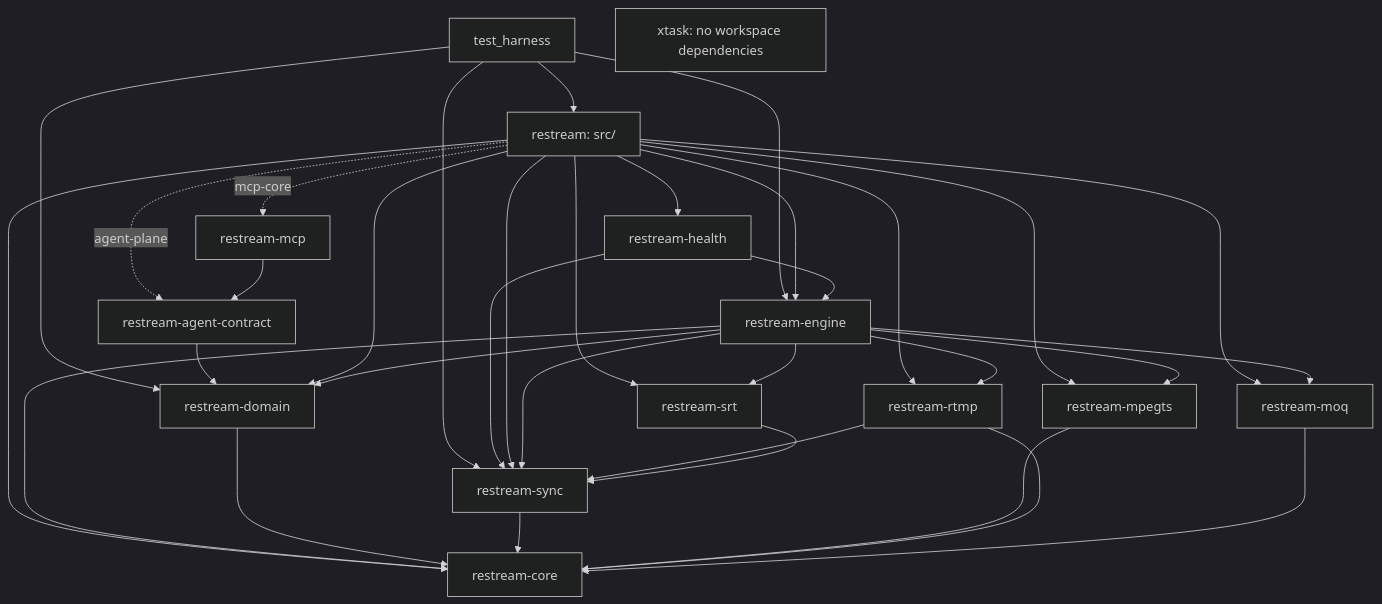
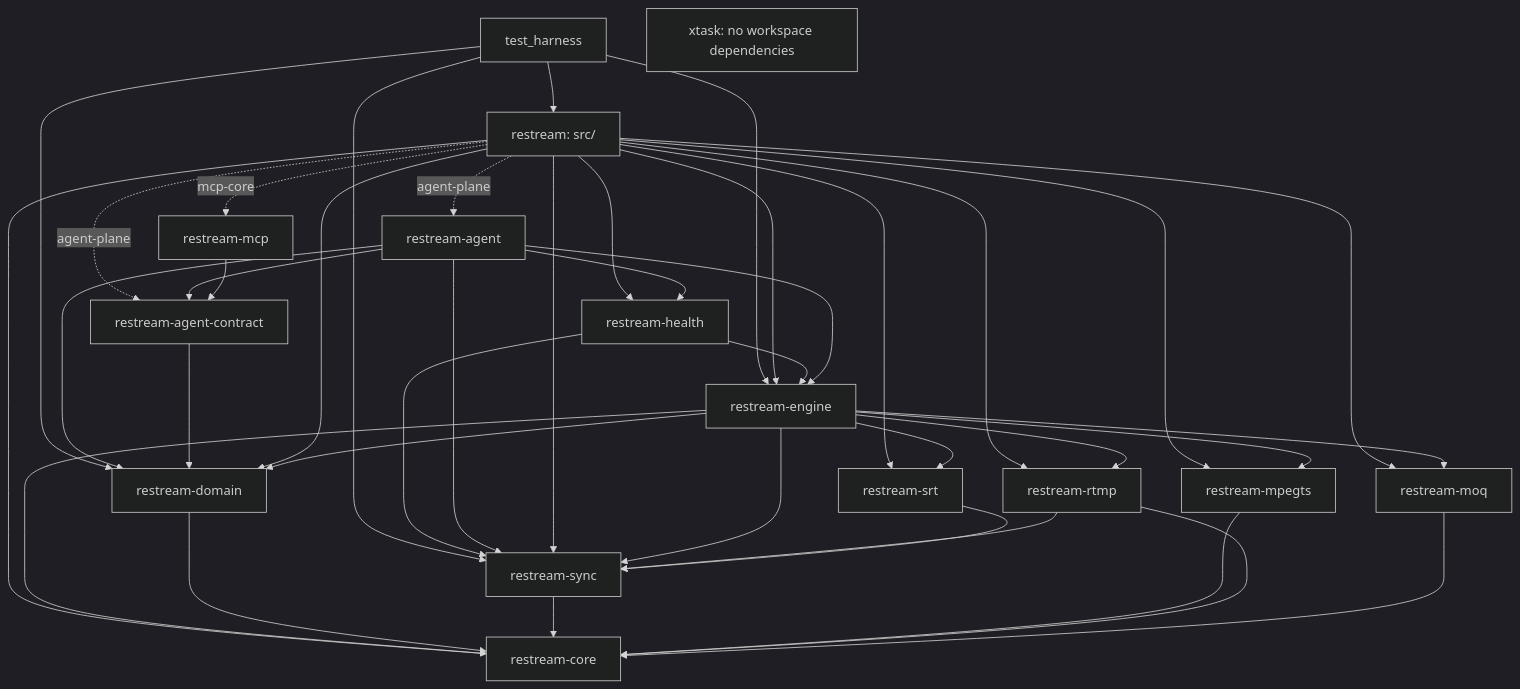
Before and after one commit to krsna1729/restream: the third of 7 diagrams in docs/architecture.md, drawn with Mermaid (dark theme). The commit also changed other lines of this file and 24 other files, not shown here.

````diff
--- a/docs/architecture.md
+++ b/docs/architecture.md
@@ -116,37 +116,43 @@
 ```mermaid
 flowchart TD
     Harness["test_harness"] --> App["restream: src/"]
     Harness --> Engine
     Harness --> Domain
     Harness --> Sync
     App --> Engine["restream-engine"]
     App --> Health["restream-health"]
     Health --> Engine
     Health --> Sync
+    App -.->|"agent-plane"| Agent["restream-agent"]
     App -.->|"agent-plane"| Contract["restream-agent-contract"]
+    Agent --> Contract
+    Agent --> Health
+    Agent --> Engine
+    Agent --> Domain
+    Agent --> Sync
     App -.->|"mcp-core"| Mcp["restream-mcp"]
     Mcp --> Contract
     Contract --> Domain
     App --> Core["restream-core"]
     App --> Domain["restream-domain"]
     App --> Sync["restream-sync"]
     App --> Ts["restream-mpegts"]
     App --> Rtmp["restream-rtmp"]
     App --> Srt["restream-srt"]
     App --> Moq["restream-moq"]
     Engine --> Core
     Engine --> Domain
     Engine --> Sync
     Engine --> Ts
     Engine --> Rtmp
     Engine --> Srt
     Engine --> Moq
     Domain --> Core
     Sync --> Core
     Ts --> Core
     Rtmp --> Core
     Rtmp --> Sync
     Srt --> Sync
     Moq --> Core
     Xtask["xtask: no workspace dependencies"]
 ```
````
